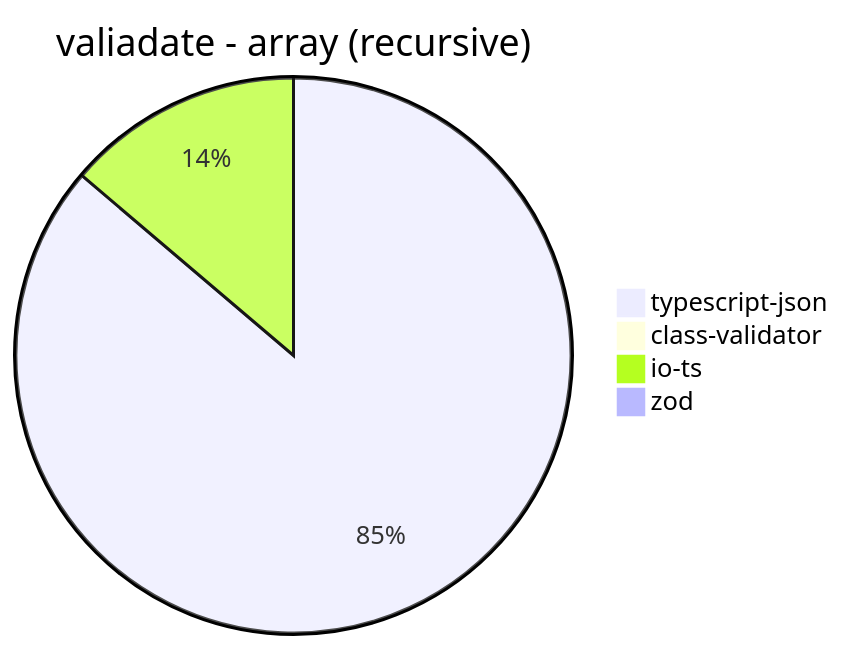
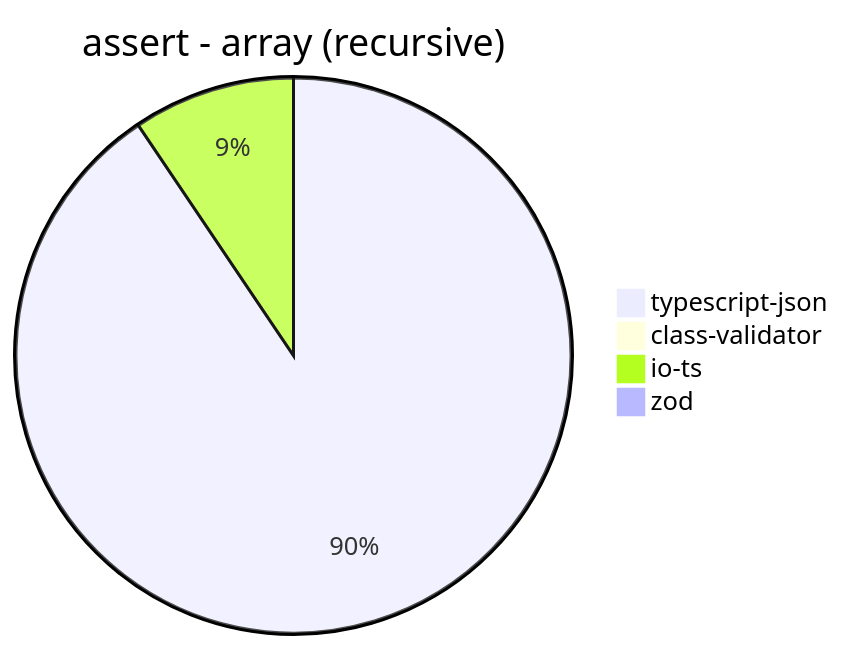
One commit to samchon/typia changed diagram 13 of 40 in benchmark/results/AMD Ryzen 7 5800H with Radeon Graphics.md. Above: the diagram before and after it, drawn with Mermaid. The commit also changed other lines of this file and 4 other files, not shown here.

````diff
--- a/benchmark/results/AMD Ryzen 7 5800H with Radeon Graphics.md
+++ b/benchmark/results/AMD Ryzen 7 5800H with Radeon Graphics.md
@@ -154,7 +154,7 @@
 ```mermaid
-pie title valiadate - array (recursive)
-  "typescript-json": 1097.8850832865432
-  "class-validator": 3.5707573764330016
-  "io-ts": 175.47412999447616
-  "zod": 9.276789095039758
+pie title assert - array (recursive)
+  "typescript-json": 1708.4982099114377
+  "class-validator": 3.7871615224389323
+  "io-ts": 178.1045751633987
+  "zod": 9.123740733700817
 ```
````
